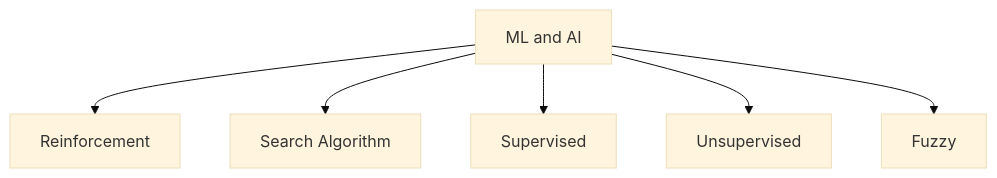
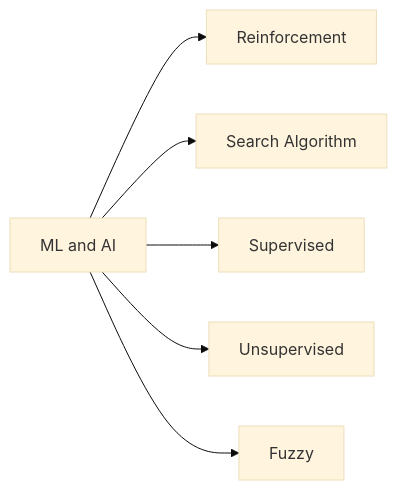
The diagram in README.md (lamegaton/Machine-Learning-and-AI-Notes), drawn with Mermaid (base theme) before and after one commit.

````diff
--- a/README.md
+++ b/README.md
@@ -4,16 +4,16 @@
 ```mermaid
-graph TD
+graph LR
   MLAI[ML and AI]
   R[Reinforcement]
   SA[Search Algorithm]
   S[Supervised]
   US[Unsupervised]
   FZ[Fuzzy]
 
   MLAI --> R
   MLAI --> SA
   MLAI --> S
   MLAI --> US
   MLAI --> FZ
 
 ```
````
